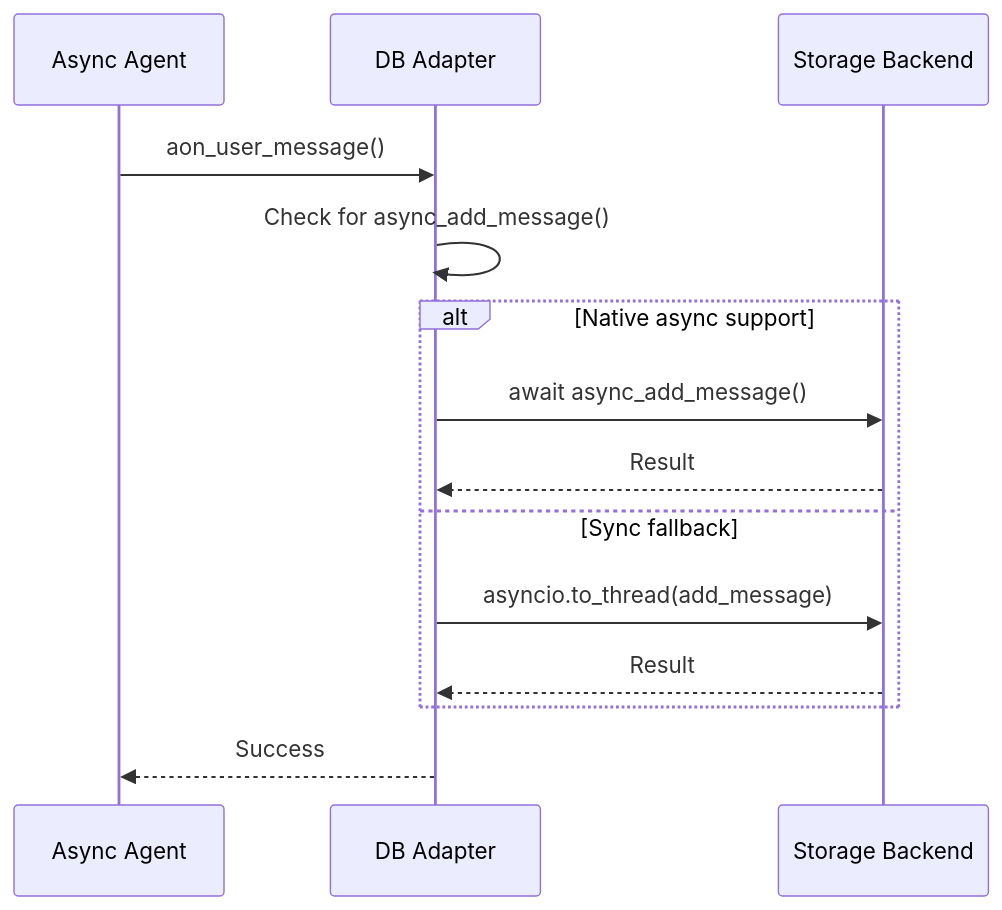
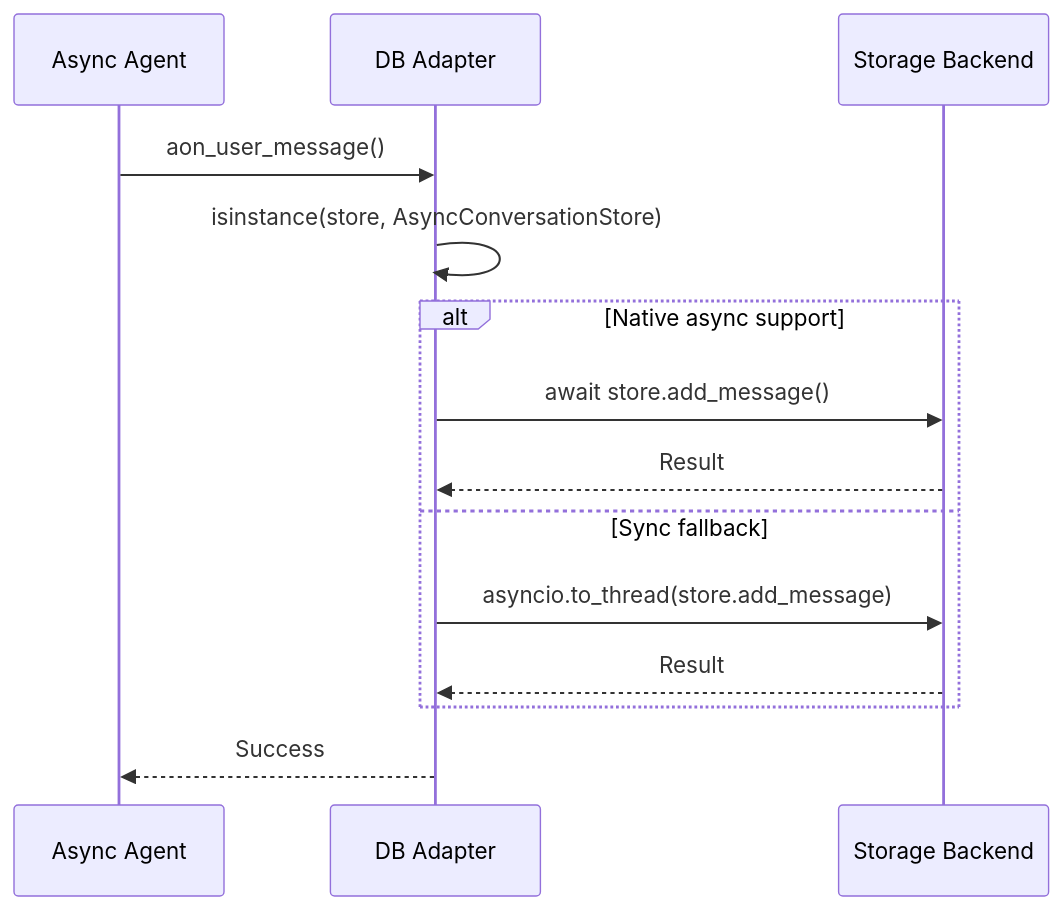
Before and after one commit to MervinPraison/PraisonAIDocs: the second of 2 diagrams in docs/features/async-db-hooks.mdx, drawn with Mermaid. The commit also changed other lines of this file and 6 other files, not shown here.

First line of the commit message:
docs: update persistence docs for PR #1829 — AsyncConversationStore protocol, MySQL backend, _SQLConversationStoreBase, PluginRegistry.default() (fixes #555)

````diff
--- a/docs/features/async-db-hooks.mdx
+++ b/docs/features/async-db-hooks.mdx
@@ -85,17 +95,17 @@
 ```mermaid
 sequenceDiagram
     participant Agent as Async Agent
     participant Adapter as DB Adapter  
     participant Store as Storage Backend
     
     Agent->>Adapter: aon_user_message()
-    Adapter->>Adapter: Check for async_add_message()
+    Adapter->>Adapter: isinstance(store, AsyncConversationStore)
     alt Native async support
-        Adapter->>Store: await async_add_message()
+        Adapter->>Store: await store.add_message()
         Store-->>Adapter: Result
     else Sync fallback
-        Adapter->>Store: asyncio.to_thread(add_message)
+        Adapter->>Store: asyncio.to_thread(store.add_message)
         Store-->>Adapter: Result
     end
     Adapter-->>Agent: Success
 ```
````
